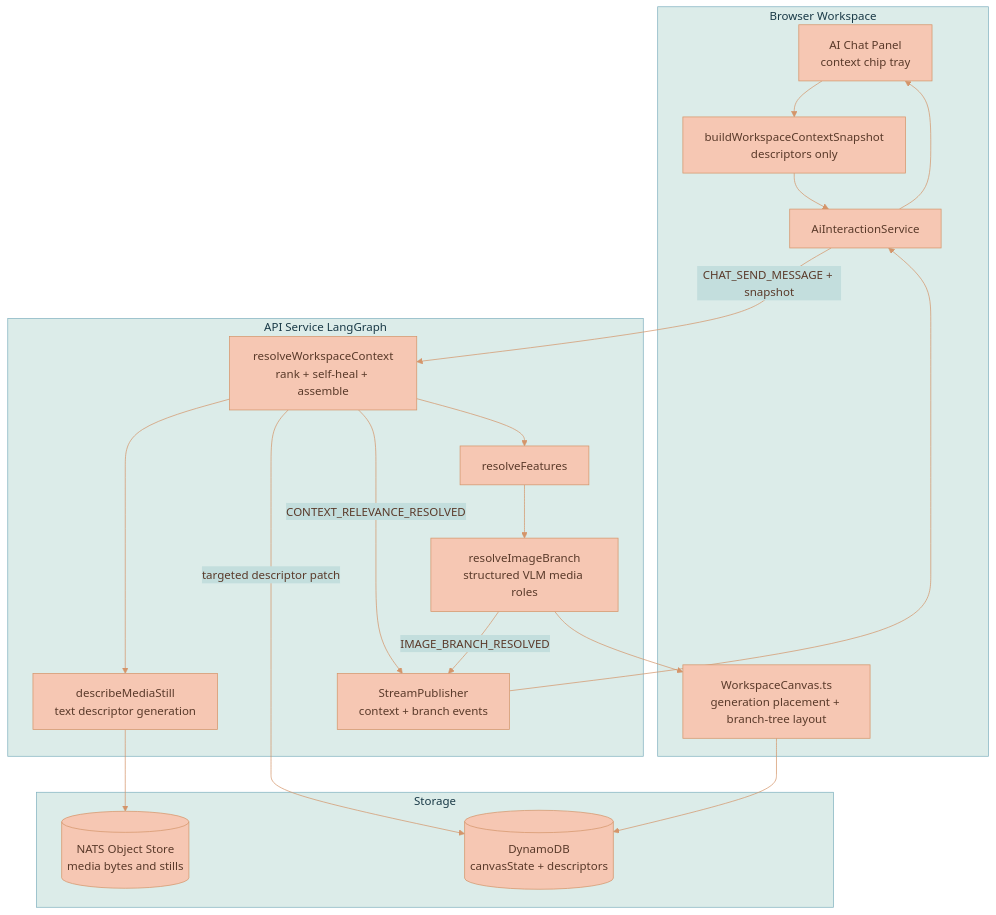
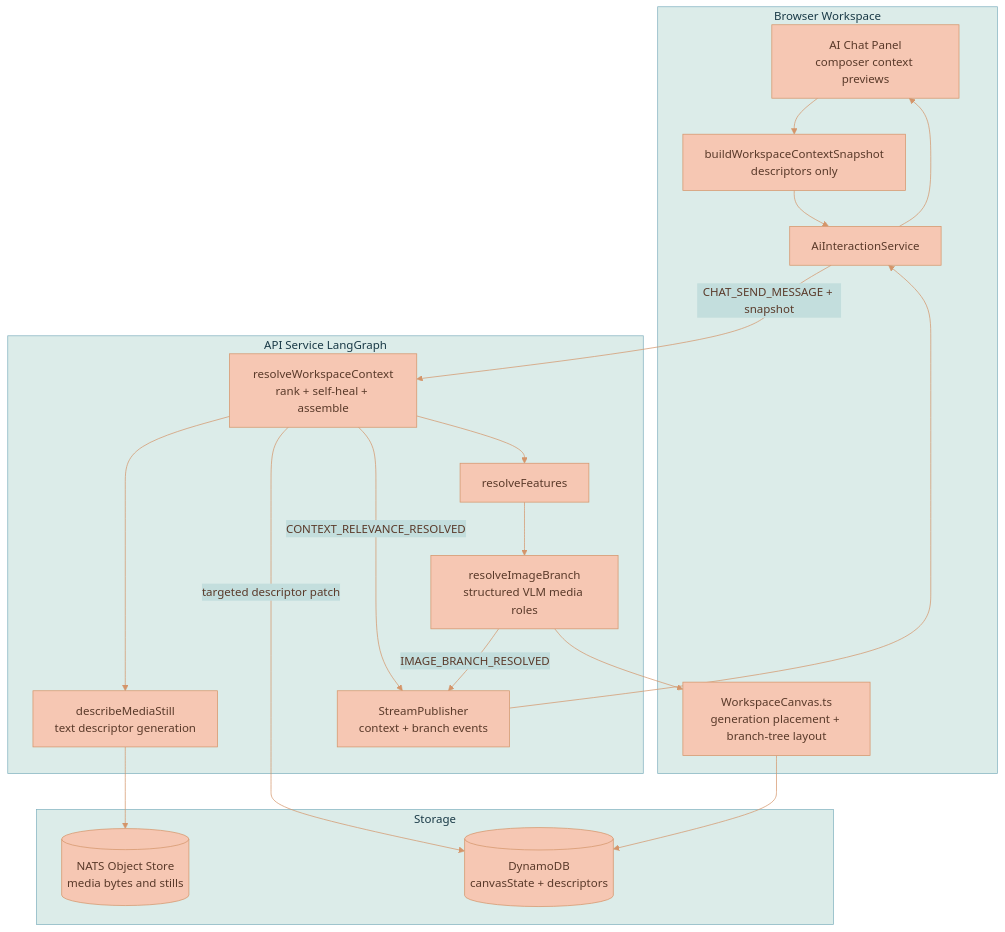
One commit to Lixpi/lixpi changed the first of 2 diagrams in documentation/ai-chat/CONTEXT-RELEVANCE.md. Above: the diagram before and after it, drawn with Mermaid. The commit also changed other lines of this file and 9 other files, not shown here.

Commit message:
LIX-234 # Move AI chat context previews into composer

````diff
--- a/documentation/ai-chat/CONTEXT-RELEVANCE.md
+++ b/documentation/ai-chat/CONTEXT-RELEVANCE.md
@@ -112,38 +113,38 @@
 ```mermaid
 %%{init: {'theme': 'base', 'themeVariables': { 'primaryColor': '#F6C7B3', 'primaryTextColor': '#5a3a2a', 'primaryBorderColor': '#d4956a', 'secondaryColor': '#C3DEDD', 'secondaryTextColor': '#1a3a47', 'secondaryBorderColor': '#4a8a9d', 'tertiaryColor': '#DCECE9', 'tertiaryTextColor': '#1a3a47', 'tertiaryBorderColor': '#82B2C0', 'lineColor': '#d4956a', 'textColor': '#5a3a2a'}}}%%
 flowchart TB
     subgraph Browser["Browser Workspace"]
-        Panel[AI Chat Panel<br/>context chip tray]
+        Panel[AI Chat Panel<br/>composer context previews]
         Snapshot[buildWorkspaceContextSnapshot<br/>descriptors only]
         AIS[AiInteractionService]
         Canvas[WorkspaceCanvas.ts<br/>generation placement + branch-tree layout]
     end
 
     subgraph API["API Service LangGraph"]
         Relevance[resolveWorkspaceContext<br/>rank + self-heal + assemble]
         Features[resolveFeatures]
         Branch[resolveImageBranch<br/>structured VLM media roles]
         Stream[StreamPublisher<br/>context + branch events]
         Describe[describeMediaStill<br/>text descriptor generation]
     end
 
     subgraph Storage["Storage"]
         DDB[(DynamoDB<br/>canvasState + descriptors)]
         Objects[(NATS Object Store<br/>media bytes and stills)]
     end
 
     Panel --> Snapshot
     Snapshot --> AIS
     AIS -->|CHAT_SEND_MESSAGE + snapshot| Relevance
     Relevance --> Describe
     Describe --> Objects
     Relevance -->|targeted descriptor patch| DDB
     Relevance -->|CONTEXT_RELEVANCE_RESOLVED| Stream
     Stream --> AIS
     AIS --> Panel
     Relevance --> Features
     Features --> Branch
     Branch -->|IMAGE_BRANCH_RESOLVED| Stream
     Branch --> Canvas
     Canvas --> DDB
 ```
````
